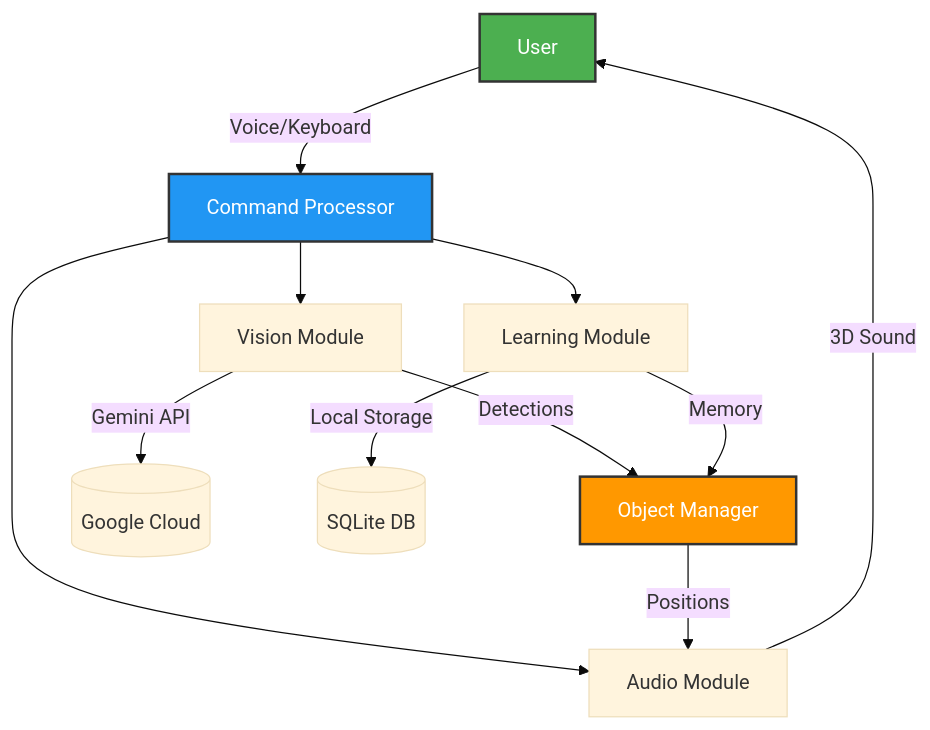
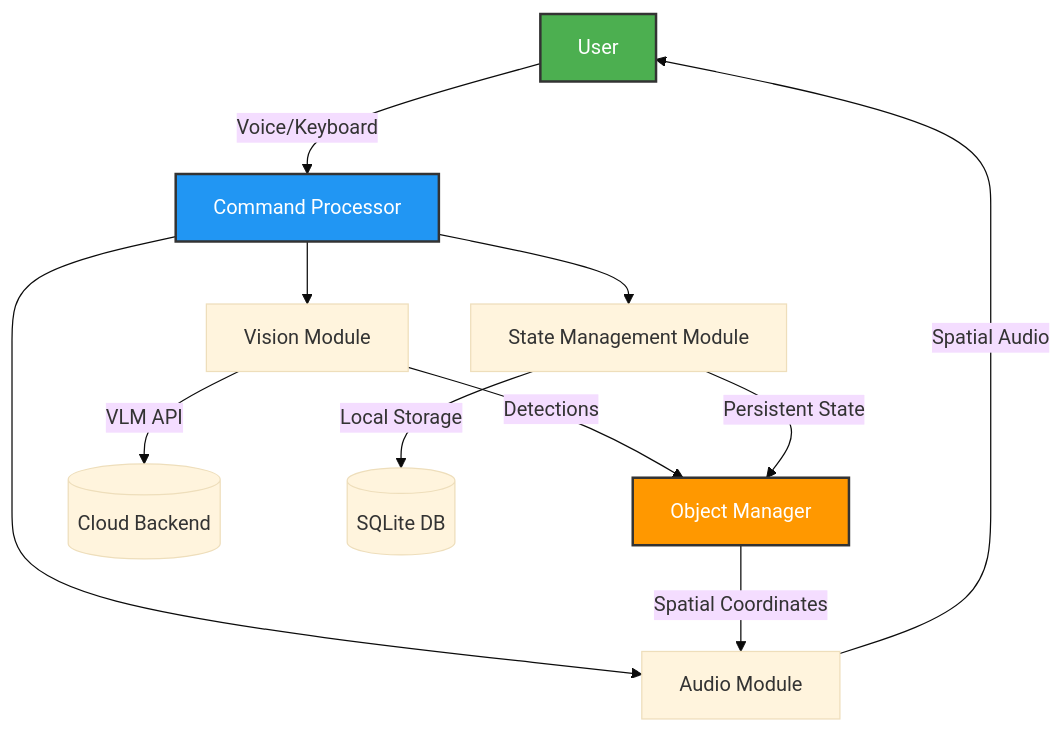
The diagram in README.md (alexbuildstech/assistivetech), drawn with Mermaid (base theme) before and after one commit. The commit also changed other lines of this file and 11 other files, not shown here.

````diff
--- a/README.md
+++ b/README.md
@@ -109,19 +81,19 @@
 ```mermaid
 graph TD
     A[User] -->|Voice/Keyboard| B[Command Processor]
     B --> C[Vision Module]
-    B --> D[Learning Module]
+    B --> D[State Management Module]
     B --> E[Audio Module]
     
     C -->|Detections| F[Object Manager]
-    D -->|Memory| F
-    F -->|Positions| E
-    E -->|3D Sound| A
+    D -->|Persistent State| F
+    F -->|Spatial Coordinates| E
+    E -->|Spatial Audio| A
     
-    C -->|Gemini API| G[(Google Cloud)]
+    C -->|VLM API| G[(Cloud Backend)]
     D -->|Local Storage| H[(SQLite DB)]
     
     style A fill:#4CAF50,stroke:#333,stroke-width:2px,color:#fff
     style B fill:#2196F3,stroke:#333,stroke-width:2px,color:#fff
     style F fill:#FF9800,stroke:#333,stroke-width:2px,color:#fff
 ```
````
